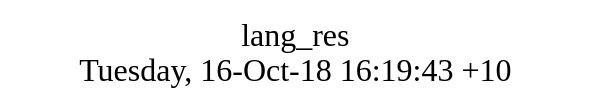
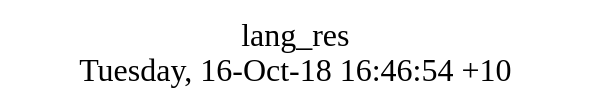
Before and after one commit to AplaProject/apps: the diagram in src/lang_res/struct.dot, drawn with Graphviz. The commit also changed 7 other files, not shown here.

```diff
--- a/src/lang_res/struct.dot
+++ b/src/lang_res/struct.dot
@@ -1,8 +1,8 @@
 digraph G {
 fontsize="24";
-label="lang_res\nTuesday, 16-Oct-18 16:19:43 +10";
+label="lang_res\nTuesday, 16-Oct-18 16:46:54 +10";
 nojustify=true;
 ordering=out;
 rankdir=LR;
 size="30";
 }
```
